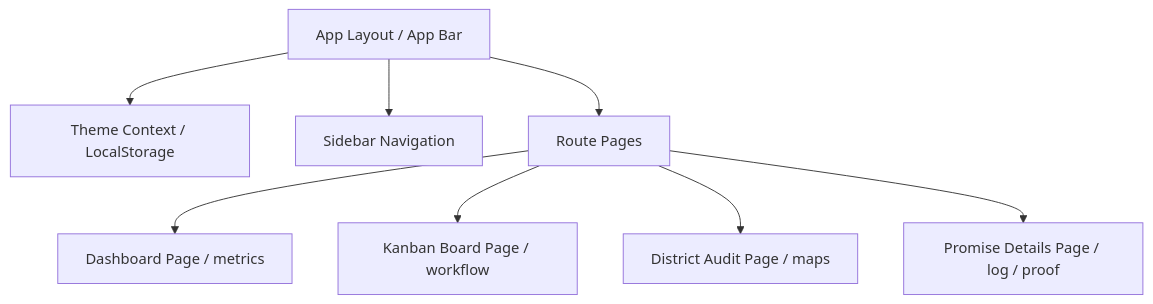
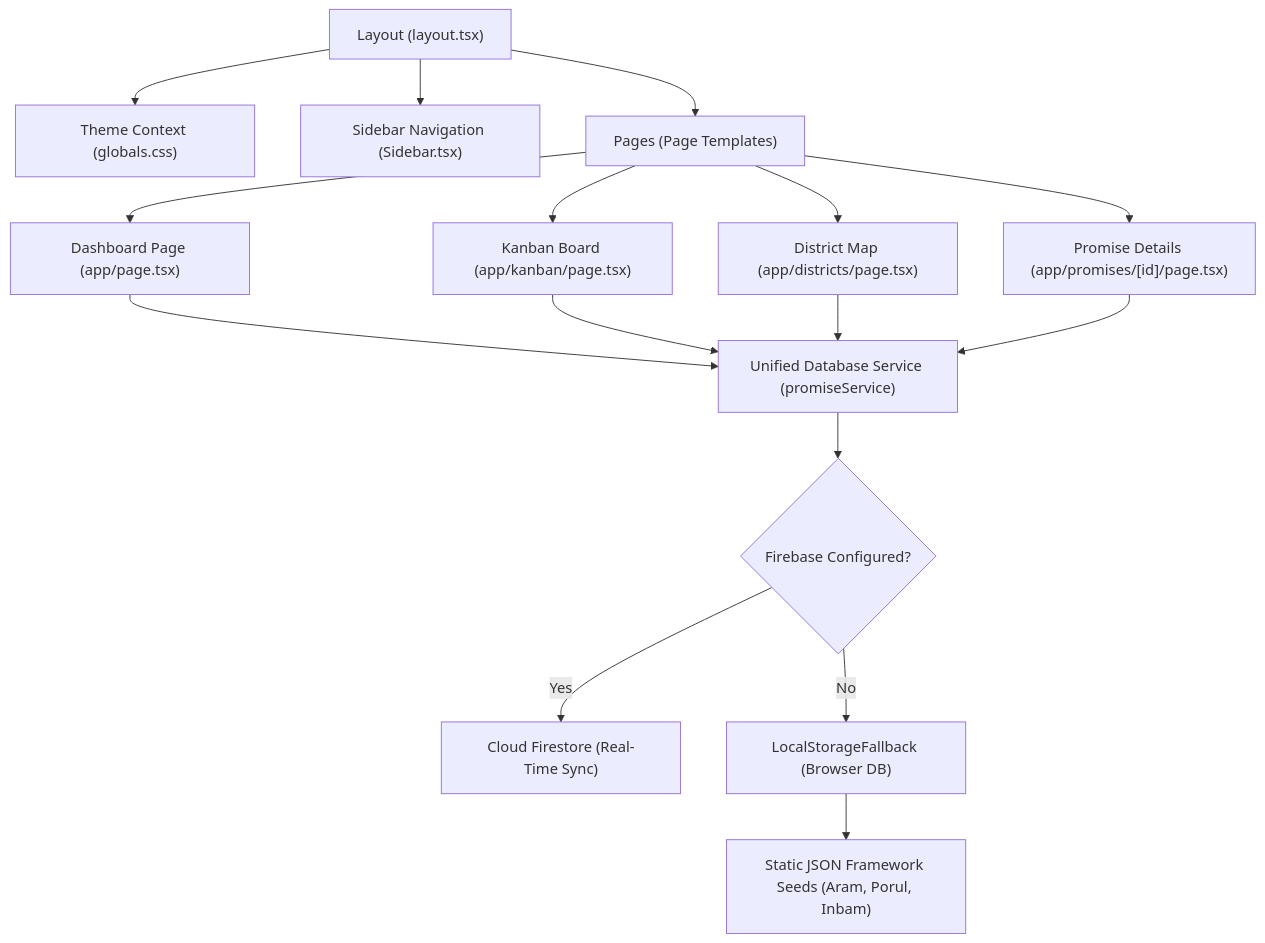
One commit to rsiva2294/namma-arasu changed the diagram in ARCHITECTURE.md. Above: the diagram before and after it, drawn with Mermaid. The commit also changed other lines of this file and 21 other files, not shown here.

````diff
--- a/ARCHITECTURE.md
+++ b/ARCHITECTURE.md
@@ -7,10 +11,19 @@
 ```mermaid
 graph TD
-    A[App Layout / App Bar] --> B[Theme Context / LocalStorage]
-    A --> C[Sidebar Navigation]
-    A --> D[Route Pages]
-    D --> E[Dashboard Page / metrics]
-    D --> F[Kanban Board Page / workflow]
-    D --> G[District Audit Page / maps]
-    D --> H[Promise Details Page / log / proof]
+    A["Layout (layout.tsx)"] --> B["Theme Context (globals.css)"]
+    A --> C["Sidebar Navigation (Sidebar.tsx)"]
+    A --> D["Pages (Page Templates)"]
+    
+    D --> E["Dashboard Page (app/page.tsx)"]
+    D --> F["Kanban Board (app/kanban/page.tsx)"]
+    D --> G["District Map (app/districts/page.tsx)"]
+    D --> H["Promise Details (app/promises/[id]/page.tsx)"]
+    
+    E & F & G & H --> I["Unified Database Service (promiseService)"]
+    
+    I --> J{"Firebase Configured?"}
+    J -- Yes --> K["Cloud Firestore (Real-Time Sync)"]
+    J -- No --> L["LocalStorageFallback (Browser DB)"]
+    
+    L --> M["Static JSON Framework Seeds (Aram, Porul, Inbam)"]
 ```
````
